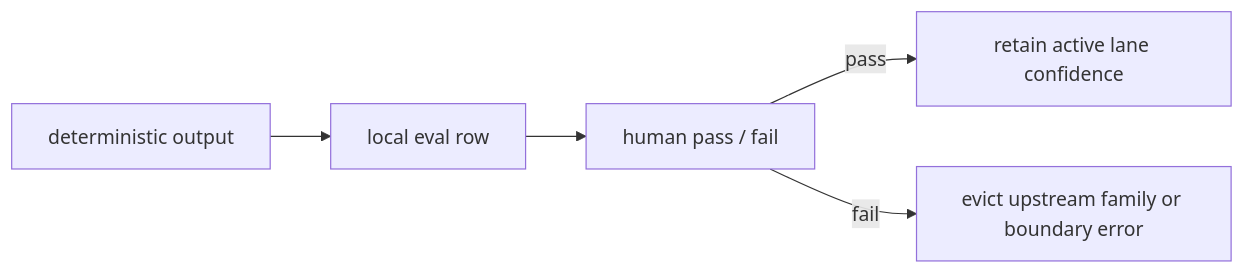
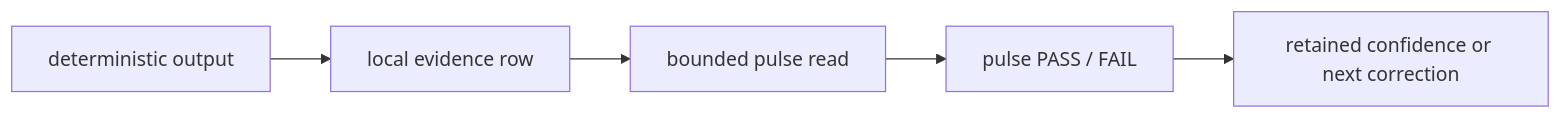
One commit to tryskian/huemiliator changed the second of 3 diagrams in docs/runtime/ARCHITECTURE.md. Above: the diagram before and after it, drawn with Mermaid. The commit also changed other lines of this file and 11 other files, not shown here.

Commit message:
feat: stage pre-beta pulse boundary and tighten red edge (#59)

````diff
--- a/docs/runtime/ARCHITECTURE.md
+++ b/docs/runtime/ARCHITECTURE.md
@@ -77,12 +77,12 @@
 ```mermaid
 flowchart LR
   A["deterministic output"]
-  B["local eval row"]
-  C["human pass / fail"]
-  D["retain active lane confidence"]
-  E["evict upstream family or boundary error"]
+  B["local evidence row"]
+  C["bounded pulse read"]
+  D["pulse PASS / FAIL"]
+  E["retained confidence or next correction"]
 
   A --> B --> C
-  C -->|"pass"| D
-  C -->|"fail"| E
+  C --> D
+  D --> E
 ```
````
